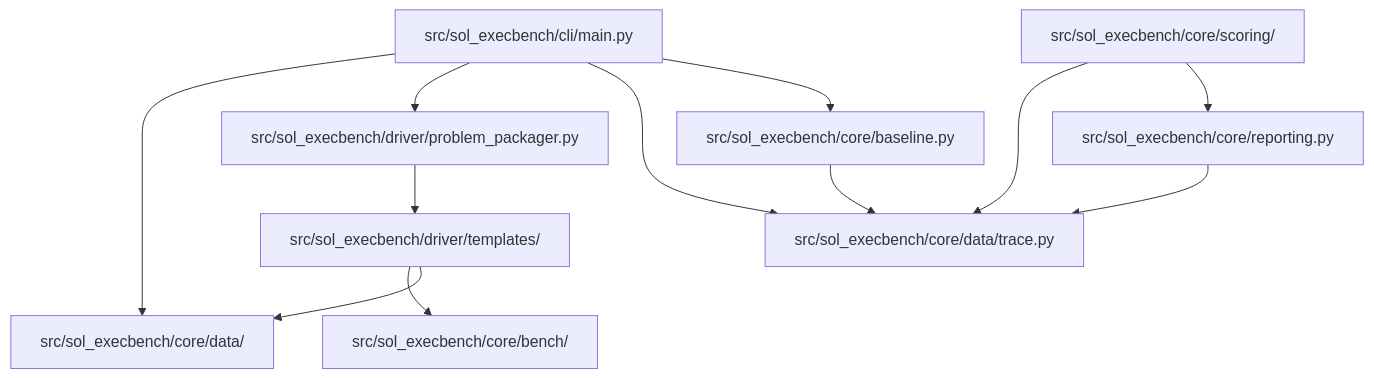
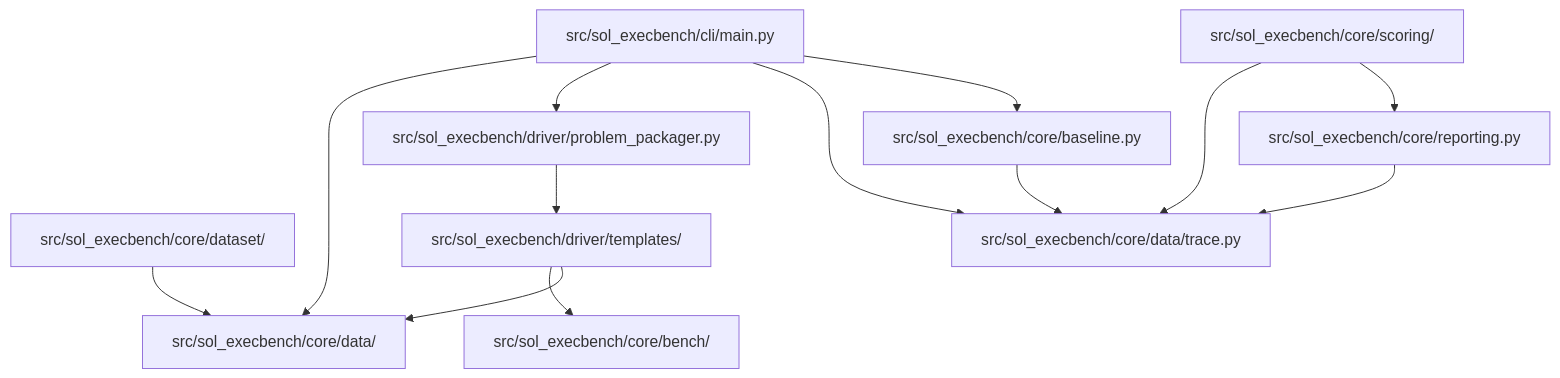
One commit to gwokhou/SOL-ExecBench-ROCm changed the diagram in docs/ARCHITECTURE.md. Above: the diagram before and after it, drawn with Mermaid. The commit also changed other lines of this file and 20 other files, not shown here.

````diff
--- a/docs/ARCHITECTURE.md
+++ b/docs/ARCHITECTURE.md
@@ -23,24 +28,26 @@
 ```mermaid
 graph TD
     CLI["src/sol_execbench/cli/main.py"]
     Models["src/sol_execbench/core/data/"]
     Bench["src/sol_execbench/core/bench/"]
+    Dataset["src/sol_execbench/core/dataset/"]
     Scoring["src/sol_execbench/core/scoring/"]
     Packager["src/sol_execbench/driver/problem_packager.py"]
     Templates["src/sol_execbench/driver/templates/"]
     Trace["src/sol_execbench/core/data/trace.py"]
     Reports["src/sol_execbench/core/reporting.py"]
     Baseline["src/sol_execbench/core/baseline.py"]
 
     CLI --> Models
     CLI --> Packager
     Packager --> Templates
     Templates --> Bench
     Templates --> Models
     CLI --> Trace
     CLI --> Baseline
     Baseline --> Trace
+    Dataset --> Models
     Reports --> Trace
     Scoring --> Trace
     Scoring --> Reports
 ```
````
